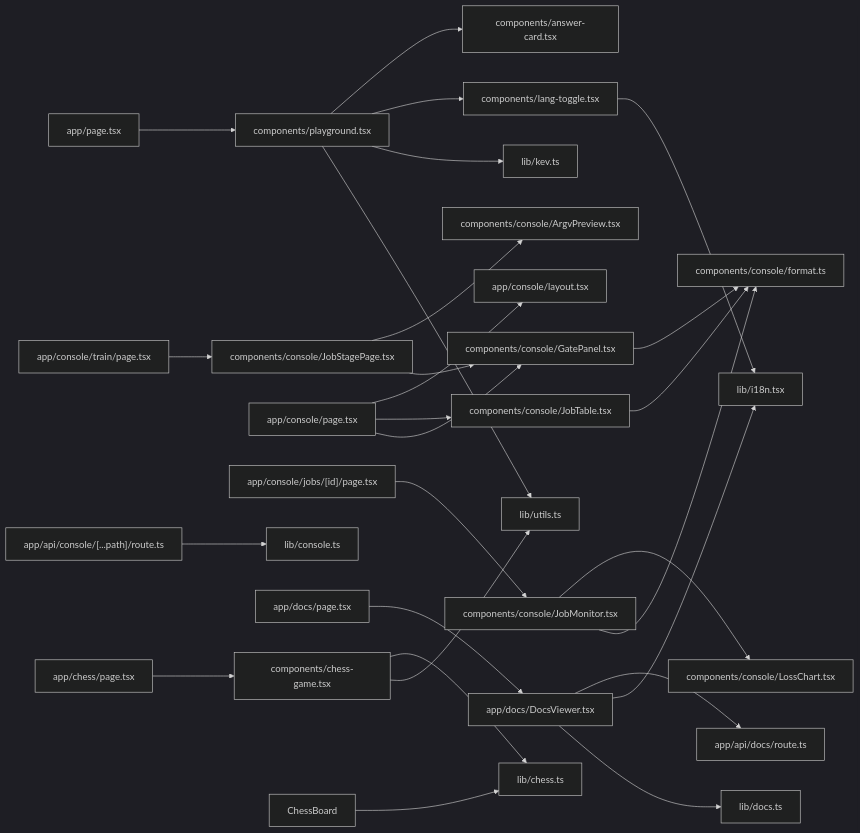
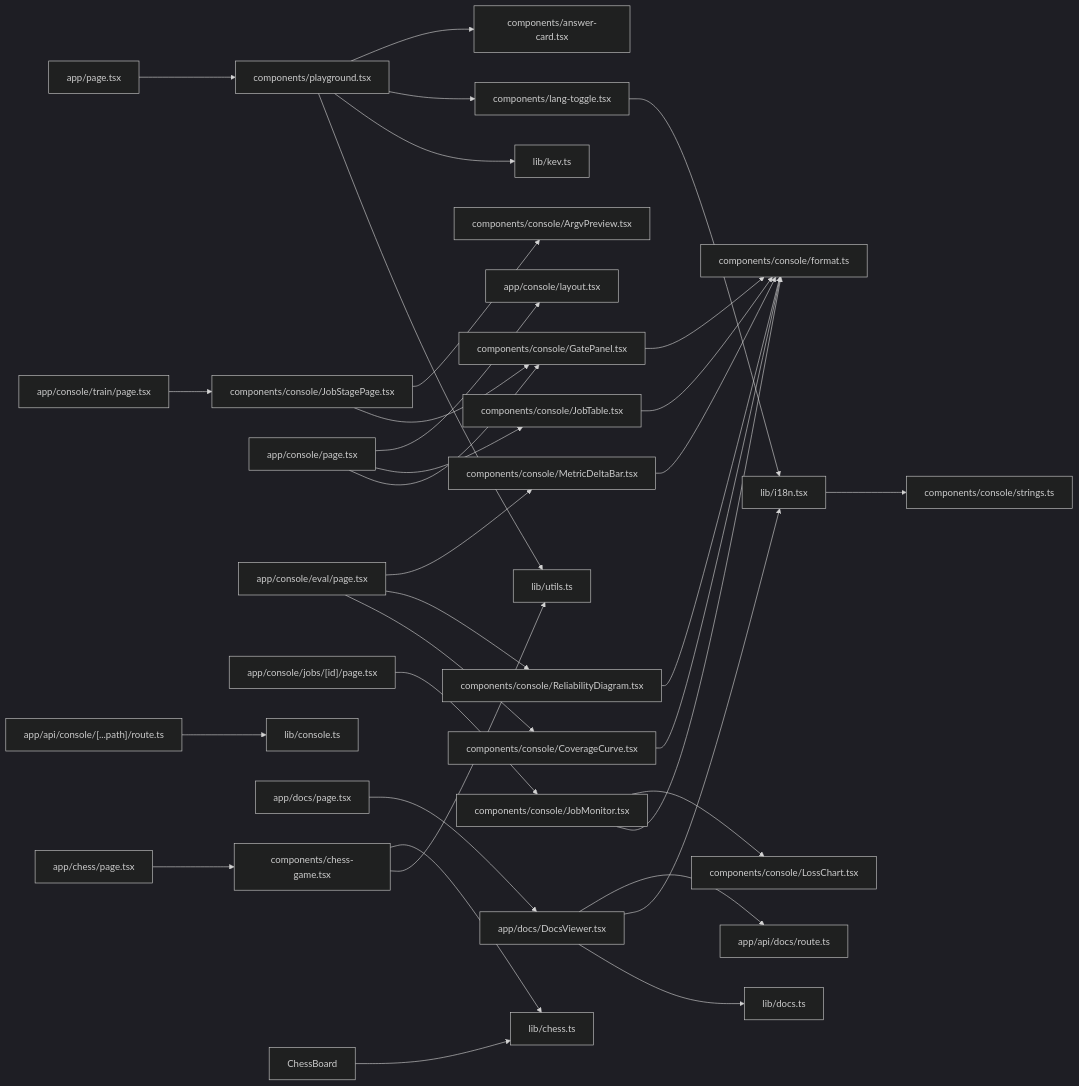
The sixth of 6 diagrams in .qoder/repowiki/zh/content/Playground 界面.md (joezxh/kev), drawn with Mermaid (dark theme) before and after one commit. The commit also changed other lines of this file and 101 other files, not shown here.

````diff
--- a/.qoder/repowiki/zh/content/Playground 界面.md
+++ b/.qoder/repowiki/zh/content/Playground 界面.md
@@ -642,29 +764,36 @@
 ```mermaid
 graph LR
 Page["app/page.tsx"] --> Playground["components/playground.tsx"]
 ChessPage["app/chess/page.tsx"] --> ChessGame["components/chess-game.tsx"]
 ConsolePage["app/console/page.tsx"] --> ConsoleLayout["app/console/layout.tsx"]
 ConsolePage --> JobTable["components/console/JobTable.tsx"]
 ConsolePage --> GatePanel["components/console/GatePanel.tsx"]
+EvalPage["app/console/eval/page.tsx"] --> MetricDeltaBar["components/console/MetricDeltaBar.tsx"]
+EvalPage --> ReliabilityDiagram["components/console/ReliabilityDiagram.tsx"]
+EvalPage --> CoverageCurve["components/console/CoverageCurve.tsx"]
 JobDetail["app/console/jobs/[id]/page.tsx"] --> JobMonitor["components/console/JobMonitor.tsx"]
 TrainPage["app/console/train/page.tsx"] --> JobStagePage["components/console/JobStagePage.tsx"]
 DocsPage["app/docs/page.tsx"] --> DocsViewer["app/docs/DocsViewer.tsx"]
 DocsViewer --> DocsAPI["app/api/docs/route.ts"]
 ConsoleAPI["app/api/console/[...path]/route.ts"] --> ConsoleClient["lib/console.ts"]
 Playground --> AnswerCard["components/answer-card.tsx"]
 Playground --> LangToggle["components/lang-toggle.tsx"]
 Playground --> KevClient["lib/kev.ts"]
 ChessGame --> ChessLib["lib/chess.ts"]
 ChessBoard --> ChessLib
 Playground --> Utils["lib/utils.ts"]
 ChessGame --> Utils
 DocsViewer --> I18n["lib/i18n.tsx"]
 DocsViewer --> DocsLib["lib/docs.ts"]
 LangToggle --> I18n
 JobMonitor --> LossChart["components/console/LossChart.tsx"]
 JobMonitor --> Format["components/console/format.ts"]
 JobTable --> Format
 GatePanel --> Format
 JobStagePage --> ArgvPreview["components/console/ArgvPreview.tsx"]
 JobStagePage --> GatePanel
+MetricDeltaBar --> Format
+ReliabilityDiagram --> Format
+CoverageCurve --> Format
+I18n --> Strings["components/console/strings.ts"]
 ```
````
